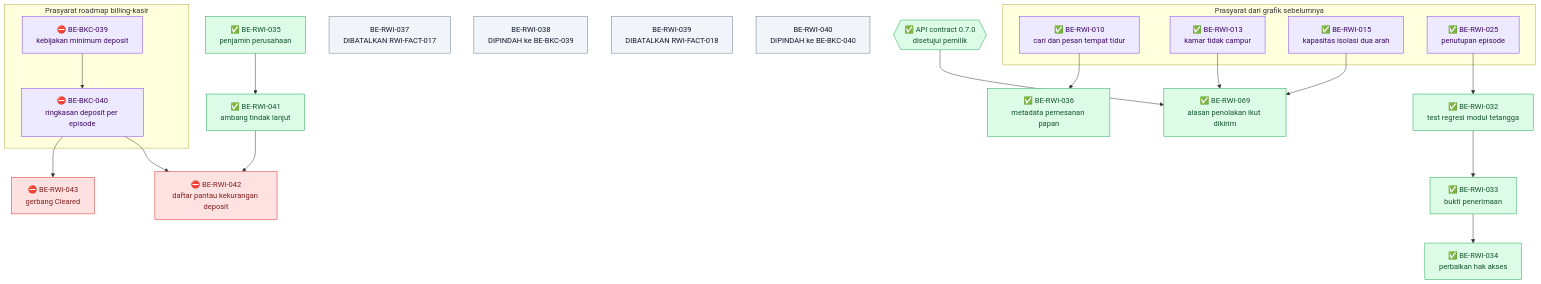
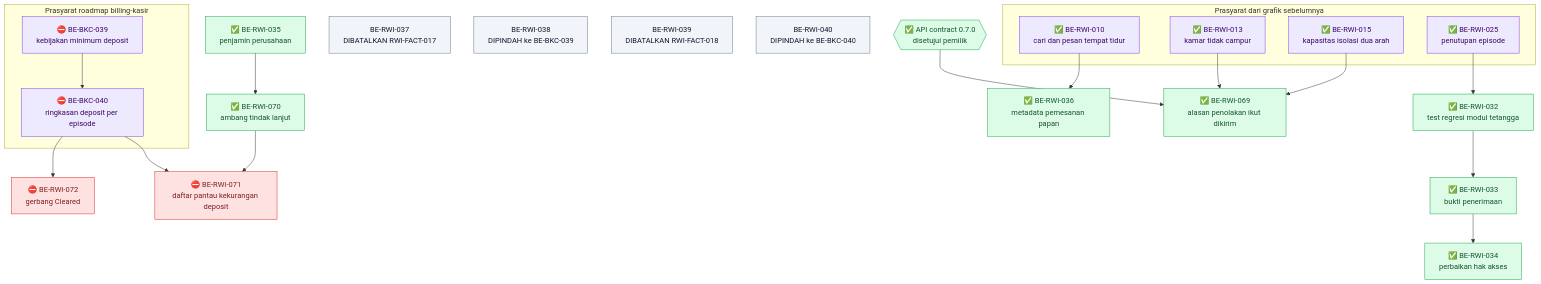
The fourth of 5 diagrams in docs/module-blueprints/rawat-inap/episode-rawat-inap/roadmap/backend-roadmap.md (DevBenari/NewQuilvianSystemBackend), drawn with Mermaid before and after one commit. The commit also changed other lines of this file and 234 other files, not shown here.

````diff
--- a/docs/module-blueprints/rawat-inap/episode-rawat-inap/roadmap/backend-roadmap.md
+++ b/docs/module-blueprints/rawat-inap/episode-rawat-inap/roadmap/backend-roadmap.md
@@ -233,48 +233,48 @@
 ```mermaid
 flowchart TD
     classDef selesai fill:#DCFCE7,stroke:#16A34A,color:#14532D
     classDef sebagian fill:#FEF9C3,stroke:#CA8A04,color:#713F12
     classDef terblokir fill:#FEE2E2,stroke:#DC2626,color:#7F1D1D
     classDef belum fill:#F1F5F9,stroke:#64748B,color:#0F172A
     classDef luar fill:#EDE9FE,stroke:#7C3AED,color:#3B0764
 
     subgraph prasyaratlain["Prasyarat dari grafik sebelumnya"]
         BE010y["✅ BE-RWI-010<br/>cari dan pesan tempat tidur"]:::luar
         BE013y["✅ BE-RWI-013<br/>kamar tidak campur"]:::luar
         BE015y["✅ BE-RWI-015<br/>kapasitas isolasi dua arah"]:::luar
         BE025y["✅ BE-RWI-025<br/>penutupan episode"]:::luar
     end
 
     subgraph billing["Prasyarat roadmap billing-kasir"]
         BEBKC039["⛔ BE-BKC-039<br/>kebijakan minimum deposit"]:::luar
         BEBKC040["⛔ BE-BKC-040<br/>ringkasan deposit per episode"]:::luar
     end
 
     BE032["✅ BE-RWI-032<br/>test regresi modul tetangga"]:::selesai
     BE033["✅ BE-RWI-033<br/>bukti penerimaan"]:::selesai
     BE034["✅ BE-RWI-034<br/>perbaikan hak akses"]:::selesai
     BE035["✅ BE-RWI-035<br/>penjamin perusahaan"]:::selesai
     BE036["✅ BE-RWI-036<br/>metadata pemesanan papan"]:::selesai
     BE037["BE-RWI-037<br/>DIBATALKAN RWI-FACT-017"]:::belum
     BE038["BE-RWI-038<br/>DIPINDAH ke BE-BKC-039"]:::belum
     BE039["BE-RWI-039<br/>DIBATALKAN RWI-FACT-018"]:::belum
     BE040["BE-RWI-040<br/>DIPINDAH ke BE-BKC-040"]:::belum
-    BE041["✅ BE-RWI-041<br/>ambang tindak lanjut"]:::selesai
-    BE042["⛔ BE-RWI-042<br/>daftar pantau kekurangan deposit"]:::terblokir
-    BE043["⛔ BE-RWI-043<br/>gerbang Cleared"]:::terblokir
+    BE041["✅ BE-RWI-070<br/>ambang tindak lanjut"]:::selesai
+    BE042["⛔ BE-RWI-071<br/>daftar pantau kekurangan deposit"]:::terblokir
+    BE043["⛔ BE-RWI-072<br/>gerbang Cleared"]:::terblokir
     BE069["✅ BE-RWI-069<br/>alasan penolakan ikut dikirim"]:::selesai
     API070{{"✅ API contract 0.7.0<br/>disetujui pemilik"}}:::selesai
 
     BE010y --> BE036
     BE025y --> BE032
     BE032 --> BE033
     BE033 --> BE034
     BE035 --> BE041
     BEBKC039 --> BEBKC040
     BEBKC040 --> BE042
     BE041 --> BE042
     BEBKC040 --> BE043
     BE013y --> BE069
     BE015y --> BE069
     API070 --> BE069
 ```
````
